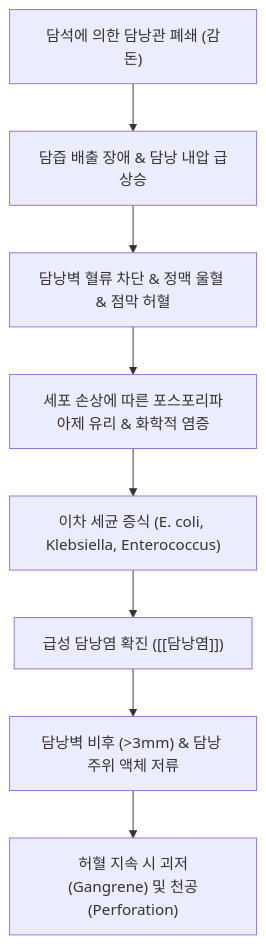
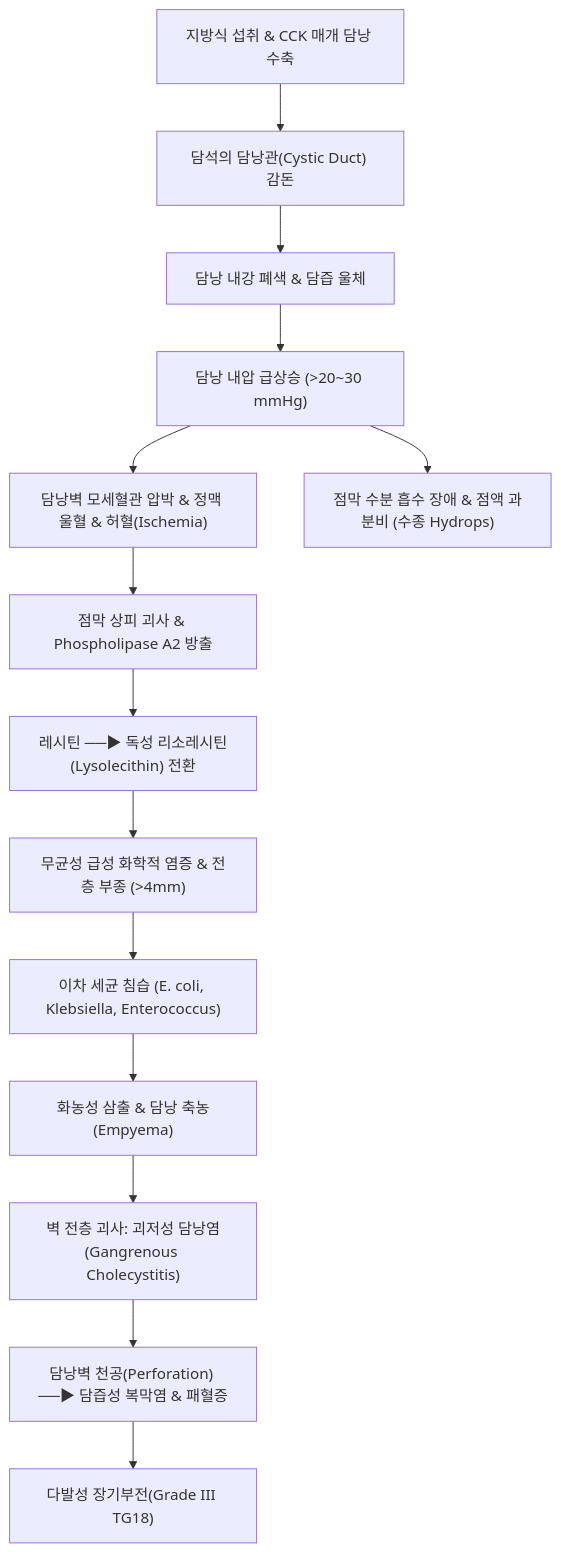
The diagram in content/3. 이론 공부/질환/간 질환/담도 질환/담낭염.md (simbio11/simbio-digital-garden2), drawn with Mermaid before and after one commit. The commit also changed other lines of this file and 147 other files, not shown here.

````diff
--- a/content/3. 이론 공부/질환/간 질환/담도 질환/담낭염.md
+++ b/content/3. 이론 공부/질환/간 질환/담도 질환/담낭염.md
@@ -61,10 +115,16 @@
 ```mermaid
 graph TD
-    Stone["담석에 의한 담낭관 폐쇄 (감돈)"] --> Stasis["담즙 배출 장애 & 담낭 내압 급상승"]
-    Stasis --> Ischemia["담낭벽 혈류 차단 & 정맥 울혈 & 점막 허혈"]
-    Ischemia --> Phospholipase["세포 손상에 따른 포스포리파아제 유리 & 화학적 염증"]
-    Phospholipase --> BacterialInfection["이차 세균 증식 (E. coli, Klebsiella, Enterococcus)"]
-    BacterialInfection --> AcuteCholecystitis["급성 담낭염 확진 ([[담낭염]])"]
-    AcuteCholecystitis --> WallThickening["담낭벽 비후 (>3mm) & 담낭 주위 액체 저류"]
-    WallThickening --> NecrosisPerforation["허혈 지속 시 괴저(Gangrene) 및 천공(Perforation)"]
+    A["지방식 섭취 & CCK 매개 담낭 수축"] --> B["담석의 담낭관(Cystic Duct) 감돈"]
+    B --> C["담낭 내강 폐색 & 담즙 울체"]
+    C --> D["담낭 내압 급상승 (>20~30 mmHg)"]
+    D --> E["담낭벽 모세혈관 압박 & 정맥 울혈 & 허혈(Ischemia)"]
+    D --> F["점막 수분 흡수 장애 & 점액 과분비 (수종 Hydrops)"]
+    E --> G["점막 상피 괴사 & Phospholipase A2 방출"]
+    G --> H["레시틴 ──▶ 독성 리소레시틴(Lysolecithin) 전환"]
+    H --> I["무균성 급성 화학적 염증 & 전층 부종 (>4mm)"]
+    I --> J["이차 세균 침습 (E. coli, Klebsiella, Enterococcus)"]
+    J --> K["화농성 삼출 & 담낭 축농(Empyema)"]
+    K --> L["벽 전층 괴사: 괴저성 담낭염(Gangrenous Cholecystitis)"]
+    L --> M["담낭벽 천공(Perforation) ──▶ 담즙성 복막염 & 패혈증"]
+    M --> N["다발성 장기부전(Grade III TG18)"]
 ```
````
